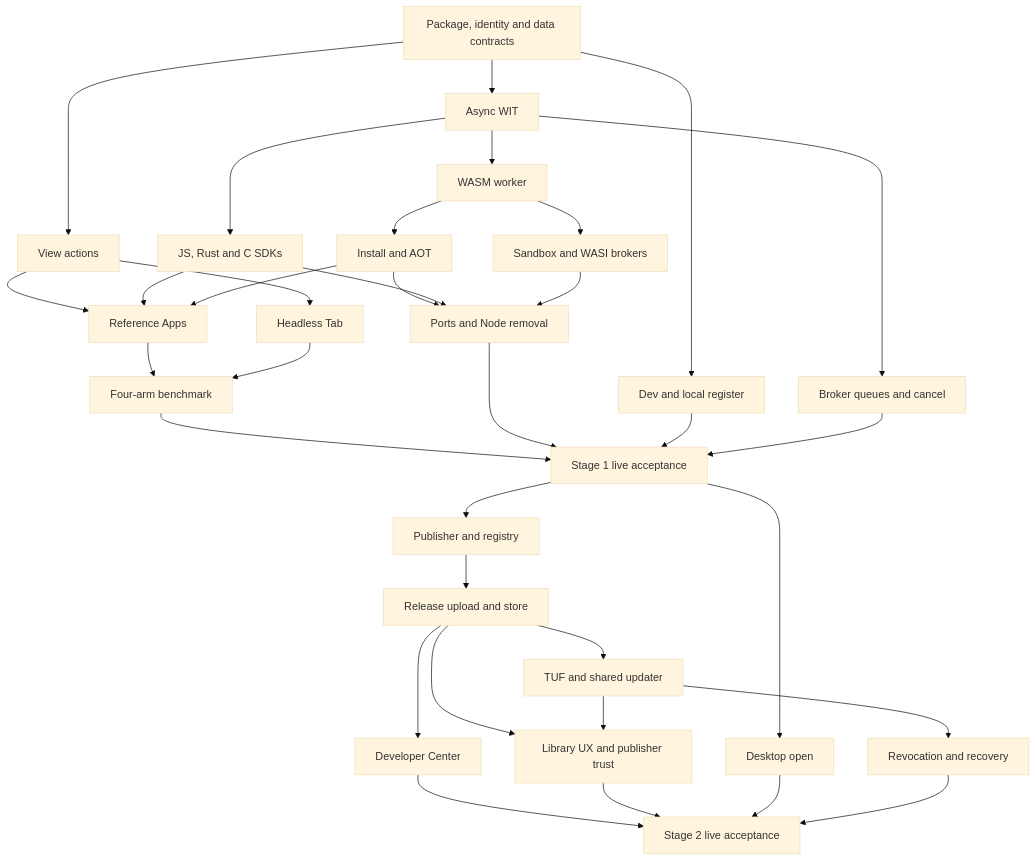
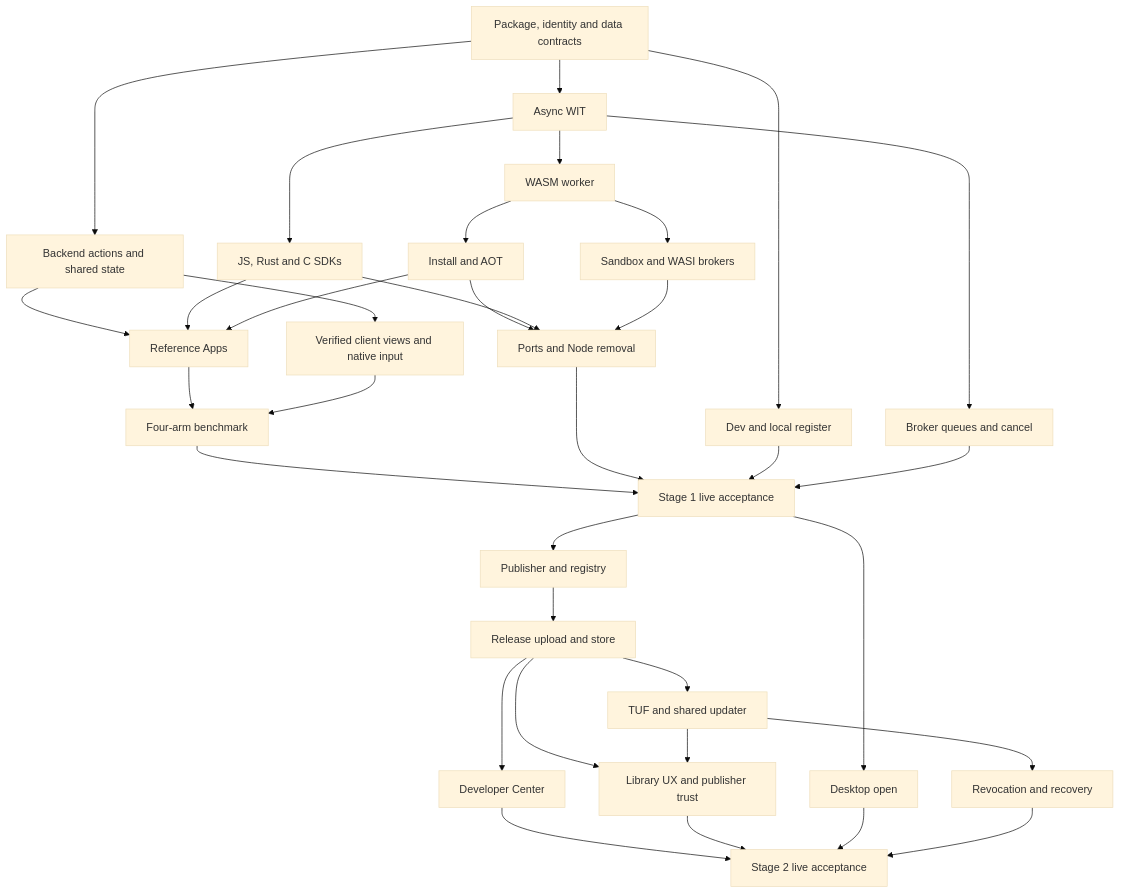
One commit to charioxai/chariox changed the diagram in spikes/wasm/APPS_V2_PLAN.md. Above: the diagram before and after it, drawn with Mermaid (base theme). The commit also changed other lines of this file and 1411 other files, not shown here.

````diff
--- a/spikes/wasm/APPS_V2_PLAN.md
+++ b/spikes/wasm/APPS_V2_PLAN.md
@@ -646,36 +1183,36 @@
 ```mermaid
 flowchart TD
   R0[Package, identity and data contracts] --> R1[Async WIT]
   R1 --> R3[WASM worker]
   R1 --> SDK[JS, Rust and C SDKs]
   R1 --> R2[Broker queues and cancel]
   R3 --> R4[Install and AOT]
   R3 --> R56[Sandbox and WASI brokers]
   R0 --> D[Dev and local register]
-  R0 --> A[View actions]
-  A --> H[Headless Tab]
+  R0 --> A[Backend actions and shared state]
+  A --> V[Verified client views and native input]
   R4 --> P[Ports and Node removal]
   SDK --> P
   R56 --> P
   A --> X[Reference Apps]
   SDK --> X
   R4 --> X
   X --> B[Four-arm benchmark]
-  H --> B
+  V --> B
   B --> G1[Stage 1 live acceptance]
   P --> G1
   D --> G1
   R2 --> G1
   G1 --> I1[Publisher and registry]
   I1 --> I2[Release upload and store]
   I2 --> I5[TUF and shared updater]
   I2 --> I4[Developer Center]
   I2 --> I6[Library UX and publisher trust]
   I5 --> I6
   I5 --> I8[Revocation and recovery]
   G1 --> I7[Desktop open]
   I4 --> G2[Stage 2 live acceptance]
   I6 --> G2
   I7 --> G2
   I8 --> G2
 ```
````
